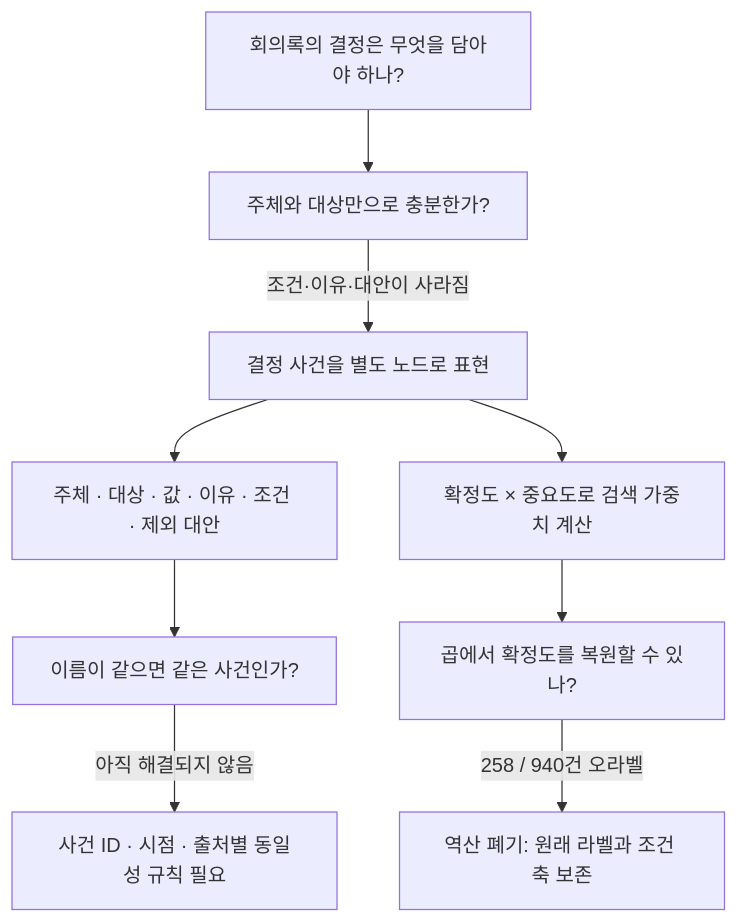
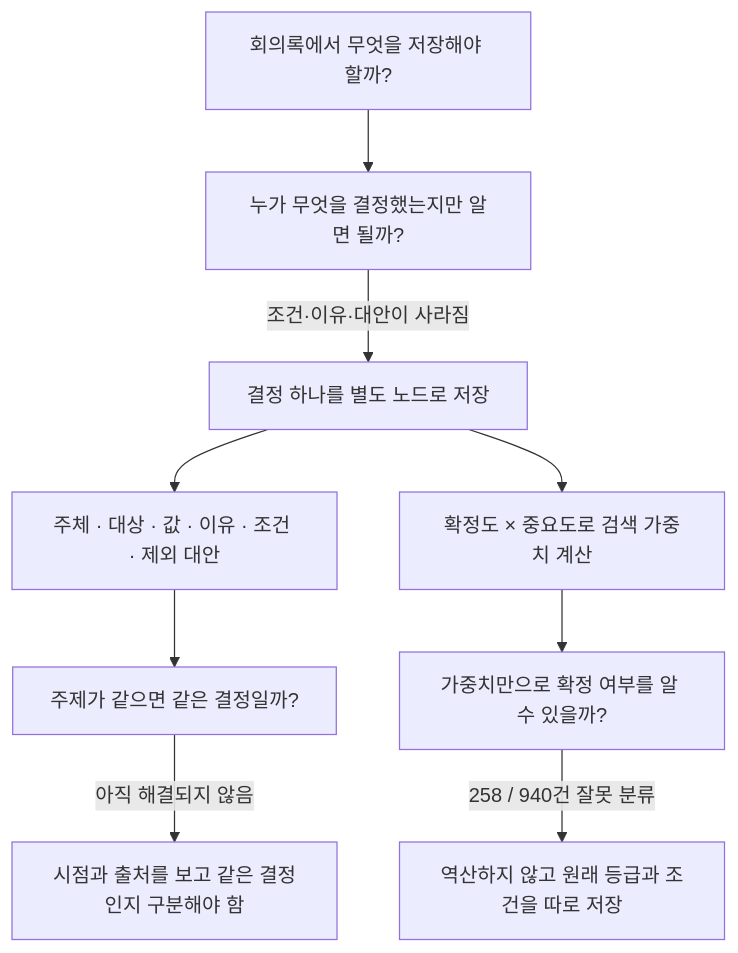
The diagram in assets/images/diagrams/myscdoc-decisions/01-entity.mmd (merryAI-dev/merryAI-dev.github.io), drawn with Mermaid before and after one commit. The commit also changed 10 other files, not shown here.

Commit message:
Polish Korean narrative and decision diagram wording

```diff
--- a/assets/images/diagrams/myscdoc-decisions/01-entity.mmd
+++ b/assets/images/diagrams/myscdoc-decisions/01-entity.mmd
@@ -1,9 +1,9 @@
 flowchart TD
- A["회의록의 결정은 무엇을 담아야 하나?"] --> B["주체와 대상만으로 충분한가?"]
- B -->|조건·이유·대안이 사라짐| C["결정 사건을 별도 노드로 표현"]
+ A["회의록에서 무엇을 저장해야 할까?"] --> B["누가 무엇을 결정했는지만 알면 될까?"]
+ B -->|조건·이유·대안이 사라짐| C["결정 하나를 별도 노드로 저장"]
  C --> D["주체 · 대상 · 값 · 이유 · 조건 · 제외 대안"]
- D --> E["이름이 같으면 같은 사건인가?"]
- E -->|아직 해결되지 않음| F["사건 ID · 시점 · 출처별 동일성 규칙 필요"]
+ D --> E["주제가 같으면 같은 결정일까?"]
+ E -->|아직 해결되지 않음| F["시점과 출처를 보고 같은 결정인지 구분해야 함"]
  C --> G["확정도 × 중요도로 검색 가중치 계산"]
- G --> H["곱에서 확정도를 복원할 수 있나?"]
- H -->|258 / 940건 오라벨| I["역산 폐기: 원래 라벨과 조건 축 보존"]
+ G --> H["가중치만으로 확정 여부를 알 수 있을까?"]
+ H -->|258 / 940건 잘못 분류| I["역산하지 않고 원래 등급과 조건을 따로 저장"]
```
